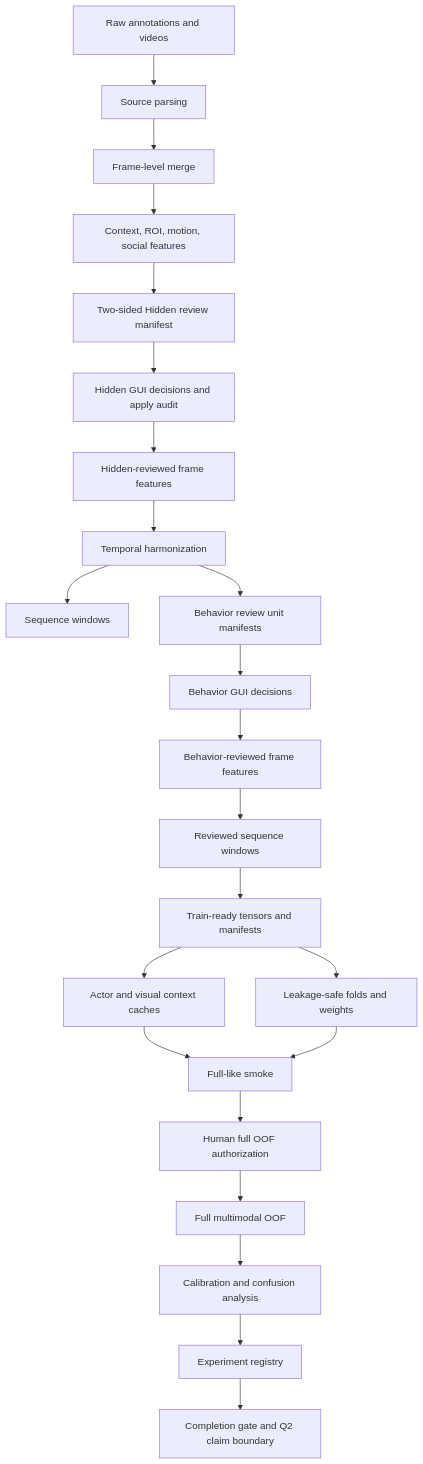
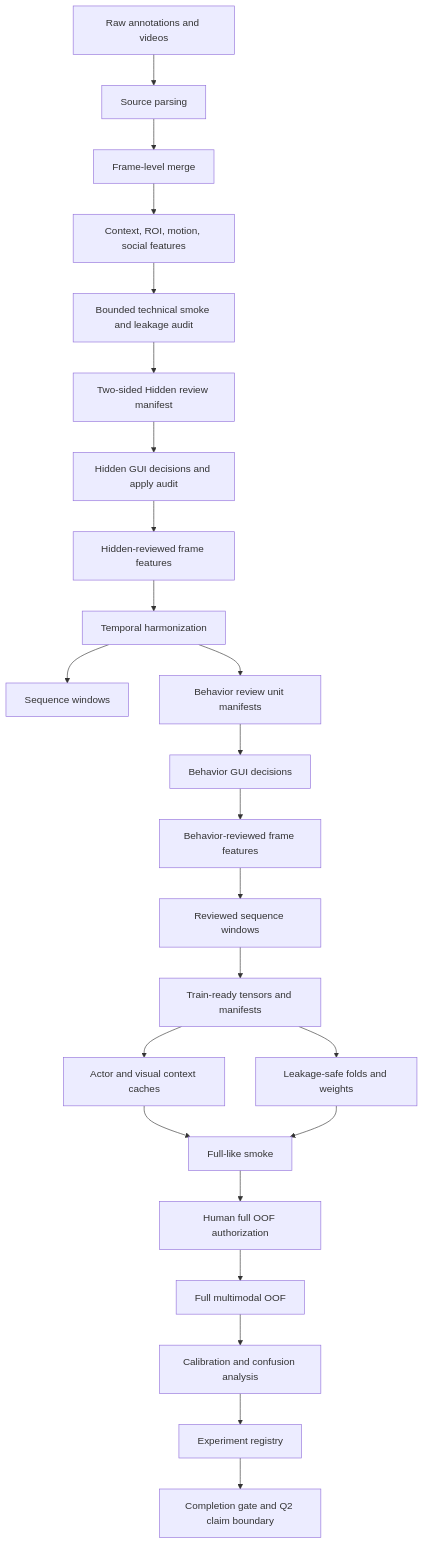
Before and after one commit to tuanhmhe186947/q7m4x9v2k8n5r3t6p1: the diagram in docs/classification_v2_q2_multimodal_workflow.md, drawn with Mermaid. The commit also changed other lines of this file and 6 other files, not shown here.

````diff
--- a/docs/classification_v2_q2_multimodal_workflow.md
+++ b/docs/classification_v2_q2_multimodal_workflow.md
@@ -38,25 +46,26 @@
 ```mermaid
 flowchart TD
   A[Raw annotations and videos] --> B[Source parsing]
   B --> C[Frame-level merge]
   C --> D[Context, ROI, motion, social features]
-  D --> E[Two-sided Hidden review manifest]
+  D --> TS[Bounded technical smoke and leakage audit]
+  TS --> E[Two-sided Hidden review manifest]
   E --> F[Hidden GUI decisions and apply audit]
   F --> G[Hidden-reviewed frame features]
   G --> H[Temporal harmonization]
   H --> I[Sequence windows]
   H --> J[Behavior review unit manifests]
   J --> K[Behavior GUI decisions]
   K --> L[Behavior-reviewed frame features]
   L --> M[Reviewed sequence windows]
   M --> N[Train-ready tensors and manifests]
   N --> O[Actor and visual context caches]
   N --> P[Leakage-safe folds and weights]
   O --> Q[Full-like smoke]
   P --> Q
   Q --> R[Human full OOF authorization]
   R --> S[Full multimodal OOF]
   S --> T[Calibration and confusion analysis]
   T --> U[Experiment registry]
   U --> V[Completion gate and Q2 claim boundary]
 ```
````
